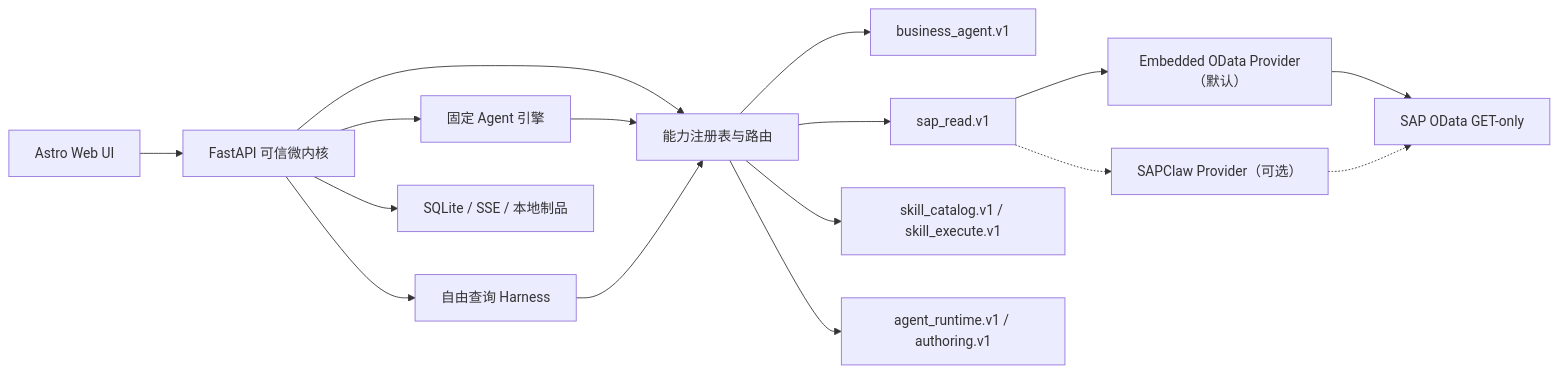
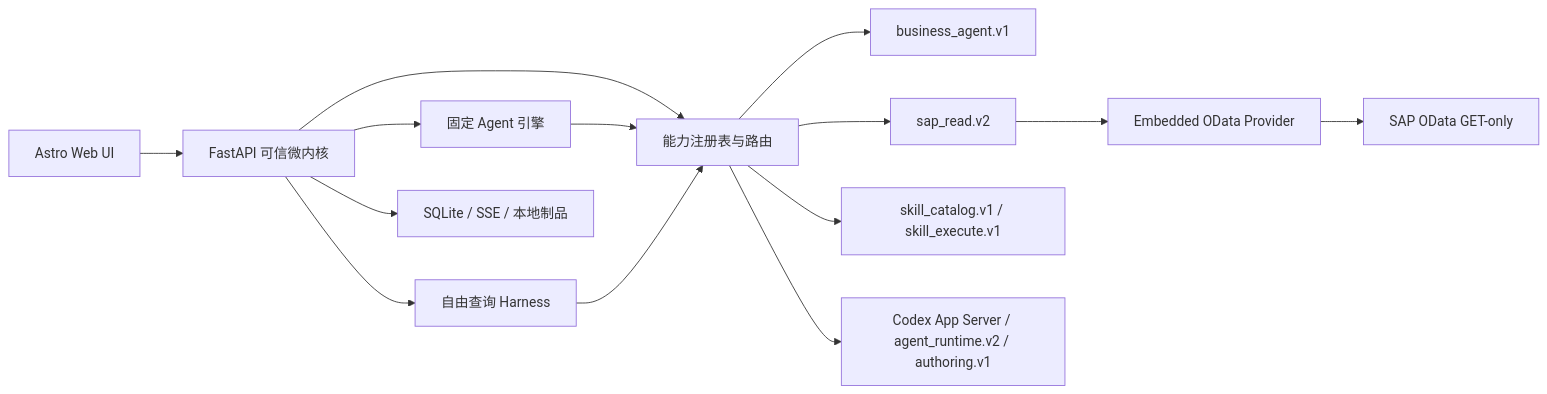
The diagram in README.md (yin-wen-bin/SAPBusinessAgents), drawn with Mermaid before and after one commit. The commit also changed other lines of this file and 220 other files, not shown here.

First line of the commit message:
Promote Codex harness and 30-Agent live acceptance (#8)

````diff
--- a/README.md
+++ b/README.md
@@ -99,18 +101,16 @@
 ```mermaid
 flowchart LR
     UI["Astro Web UI"] --> CORE["FastAPI 可信微内核"]
     CORE --> FIXED["固定 Agent 引擎"]
     CORE --> FREE["自由查询 Harness"]
     CORE --> BROKER["能力注册表与路由"]
     BROKER --> AGENT["business_agent.v1"]
-    BROKER --> SAPREAD["sap_read.v1"]
+    BROKER --> SAPREAD["sap_read.v2"]
     BROKER --> SKILL["skill_catalog.v1 / skill_execute.v1"]
-    BROKER --> CODEX["agent_runtime.v1 / authoring.v1"]
+    BROKER --> CODEX["Codex App Server / agent_runtime.v2 / authoring.v1"]
     FIXED --> BROKER
     FREE --> BROKER
     CORE --> DB["SQLite / SSE / 本地制品"]
-    SAPREAD --> EMBEDDED["Embedded OData Provider（默认）"]
-    SAPREAD -.-> CLAW["SAPClaw Provider（可选）"]
+    SAPREAD --> EMBEDDED["Embedded OData Provider"]
     EMBEDDED --> SAP["SAP OData GET-only"]
-    CLAW -.-> SAP
 ```
````
